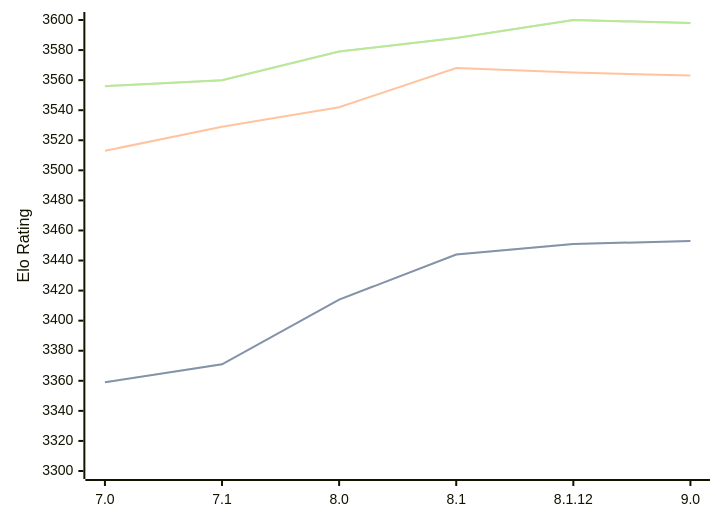
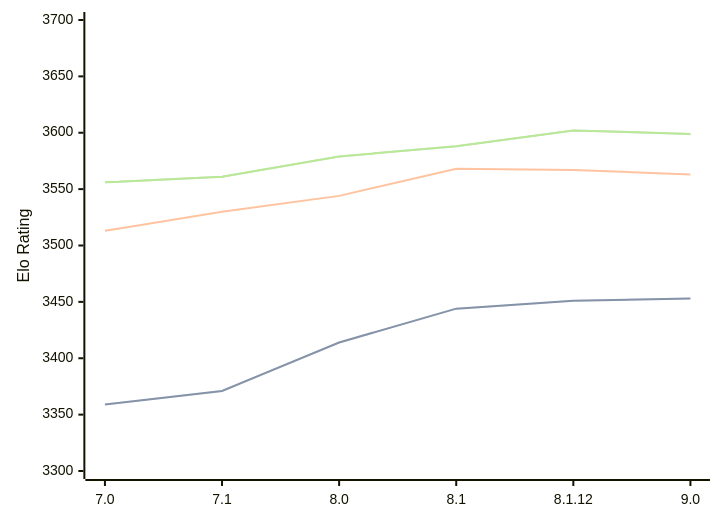
The diagram in engines/Alexandria.md (computer-chess-index/cci), drawn with Mermaid before and after one commit. The commit also changed other lines of this file, not shown here.

Commit message:
Update CCI Ratings (ELO VLTC) - 2026-04-03

````diff
--- a/engines/Alexandria.md
+++ b/engines/Alexandria.md
@@ -55,11 +55,11 @@
 ```mermaid
 %%{init: {"theme":"base","themeVariables":{"seriesColors:['#a3a3a3','#222221','#faa371']}}}%%
 xychart-beta
   x-axis ["7.0", "7.1", "8.0", "8.1", "8.1.12", "9.0"]
-  y-axis "Elo Rating" 3300 --> 3600
+  y-axis "Elo Rating" 3300 --> 3700
   line "STC (8.0+0.08s)" [3359, 3371, 3414, 3444, 3451, 3453]
   line "STC (8.0+0.08s)" [3359, 3371, 3414, 3444, 3451, 3453]
-  line "LTC (60.0+0.60s)" [3513, 3529, 3542, 3568, 3565, 3563]
-  line "VLTC (2m24s+1.12s)" [3556, 3560, 3579, 3588, 3600, 3598]
-  line "VLTC (2m24s+1.12s)" [3556, 3560, 3579, 3588, 3600, 3598]
+  line "LTC (60.0+0.60s)" [3513, 3530, 3544, 3568, 3567, 3563]
+  line "VLTC (2m24s+1.12s)" [3556, 3561, 3579, 3588, 3602, 3599]
+  line "VLTC (2m24s+1.12s)" [3556, 3561, 3579, 3588, 3602, 3599]
 ```
````
